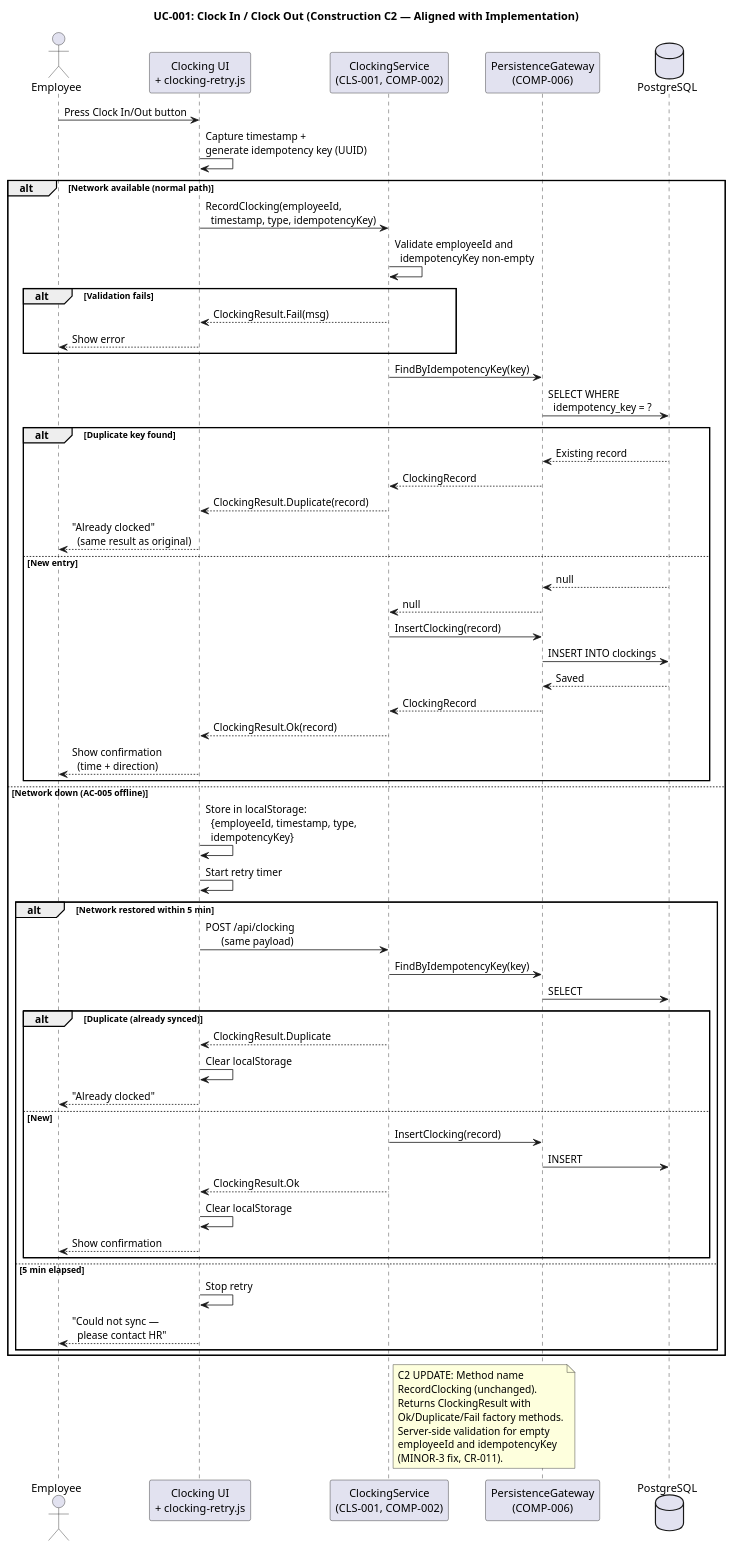
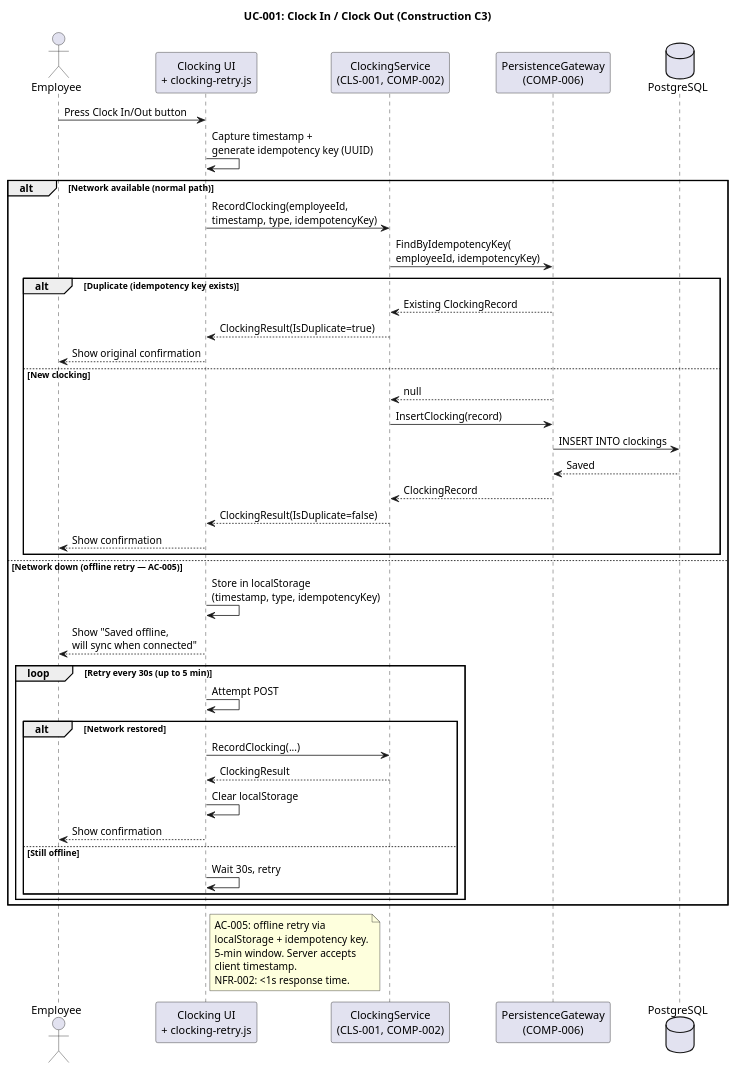
Before and after one commit to banense-test/portal-cuba-corp: the second of 31 diagrams in docs/artifacts/analysis---design/design-model.md, drawn with PlantUML. The commit also changed other lines of this file, not shown here.

````diff
--- a/docs/artifacts/analysis---design/design-model.md
+++ b/docs/artifacts/analysis---design/design-model.md
@@ -293,79 +293,57 @@
 ```plantuml
 @startuml
-title UC-001: Clock In / Clock Out (Construction C2 — Aligned with Implementation)
+title UC-001: Clock In / Clock Out (Construction C3)
 
 actor Employee as EMP
 participant "Clocking UI\n+ clocking-retry.js" as UI
 participant "ClockingService\n(CLS-001, COMP-002)" as SVC
 participant "PersistenceGateway\n(COMP-006)" as DB
 database "PostgreSQL" as PG
 
 EMP -> UI : Press Clock In/Out button
 UI -> UI : Capture timestamp +\ngenerate idempotency key (UUID)
 
 alt Network available (normal path)
-  UI -> SVC : RecordClocking(employeeId,\n  timestamp, type, idempotencyKey)
+  UI -> SVC : RecordClocking(employeeId,\ntimestamp, type, idempotencyKey)
+  SVC -> DB : FindByIdempotencyKey(\nemployeeId, idempotencyKey)
 
-  SVC -> SVC : Validate employeeId and\n  idempotencyKey non-empty
-
-  alt Validation fails
-    SVC --> UI : ClockingResult.Fail(msg)
-    UI --> EMP : Show error
-  end
-
-  SVC -> DB : FindByIdempotencyKey(key)
-  DB -> PG : SELECT WHERE\n  idempotency_key = ?
-
-  alt Duplicate key found
-    PG --> DB : Existing record
-    DB --> SVC : ClockingRecord
-    SVC --> UI : ClockingResult.Duplicate(record)
-    UI --> EMP : "Already clocked"\n  (same result as original)
-  else New entry
-    PG --> DB : null
+  alt Duplicate (idempotency key exists)
+    DB --> SVC : Existing ClockingRecord
+    SVC --> UI : ClockingResult(IsDuplicate=true)
+    UI --> EMP : Show original confirmation
+  else New clocking
     DB --> SVC : null
     SVC -> DB : InsertClocking(record)
     DB -> PG : INSERT INTO clockings
     PG --> DB : Saved
     DB --> SVC : ClockingRecord
-    SVC --> UI : ClockingResult.Ok(record)
-    UI --> EMP : Show confirmation\n  (time + direction)
+    SVC --> UI : ClockingResult(IsDuplicate=false)
+    UI --> EMP : Show confirmation
   end
 
-else Network down (AC-005 offline)
-  UI -> UI : Store in localStorage:\n  {employeeId, timestamp, type,\n  idempotencyKey}
-  UI -> UI : Start retry timer
-
-  alt Network restored within 5 min
-    UI -> SVC : POST /api/clocking\n      (same payload)
-    SVC -> DB : FindByIdempotencyKey(key)
-    DB -> PG : SELECT
-    alt Duplicate (already synced)
-      SVC --> UI : ClockingResult.Duplicate
-      UI -> UI : Clear localStorage
-      UI --> EMP : "Already clocked"
-    else New
-      SVC -> DB : InsertClocking(record)
-      DB -> PG : INSERT
-      SVC --> UI : ClockingResult.Ok
+else Network down (offline retry — AC-005)
+  UI -> UI : Store in localStorage\n(timestamp, type, idempotencyKey)
+  UI --> EMP : Show "Saved offline,\nwill sync when connected"
+  loop Retry every 30s (up to 5 min)
+    UI -> UI : Attempt POST
+    alt Network restored
+      UI -> SVC : RecordClocking(...)
+      SVC --> UI : ClockingResult
       UI -> UI : Clear localStorage
       UI --> EMP : Show confirmation
+    else Still offline
+      UI -> UI : Wait 30s, retry
     end
-  else 5 min elapsed
-    UI -> UI : Stop retry
-    UI --> EMP : "Could not sync —\n  please contact HR"
   end
 end
 
-note right of SVC
-  C2 UPDATE: Method name
-  RecordClocking (unchanged).
-  Returns ClockingResult with
-  Ok/Duplicate/Fail factory methods.
-  Server-side validation for empty
-  employeeId and idempotencyKey
-  (MINOR-3 fix, CR-011).
+note right of UI
+  AC-005: offline retry via
+  localStorage + idempotency key.
+  5-min window. Server accepts
+  client timestamp.
+  NFR-002: <1s response time.
 end note
 
 @enduml
 ```
````
